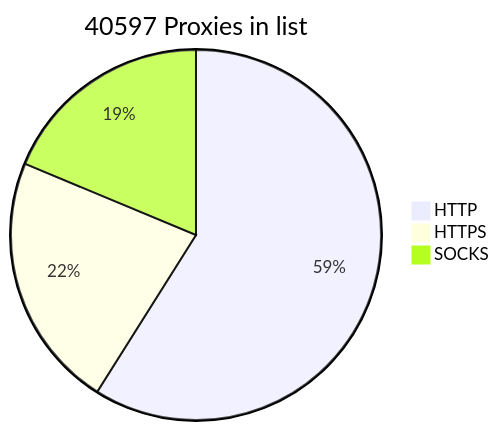
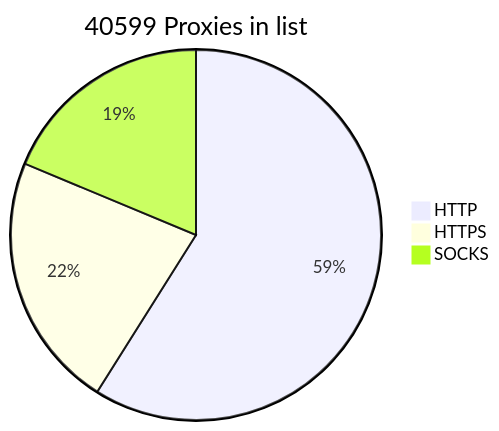
One commit to BlackSnowDot/proxylist-update-every-minute changed the diagram in README.md. Above: the diagram before and after it, drawn with Mermaid.

````diff
--- a/README.md
+++ b/README.md
@@ -2,6 +2,6 @@
 ```mermaid
-pie title 40597 Proxies in list
+pie title 40599 Proxies in list
     "HTTP" : 28114
-    "HTTPS": 10655
+    "HTTPS": 10657
     "SOCKS" : 8925
 ```
````
